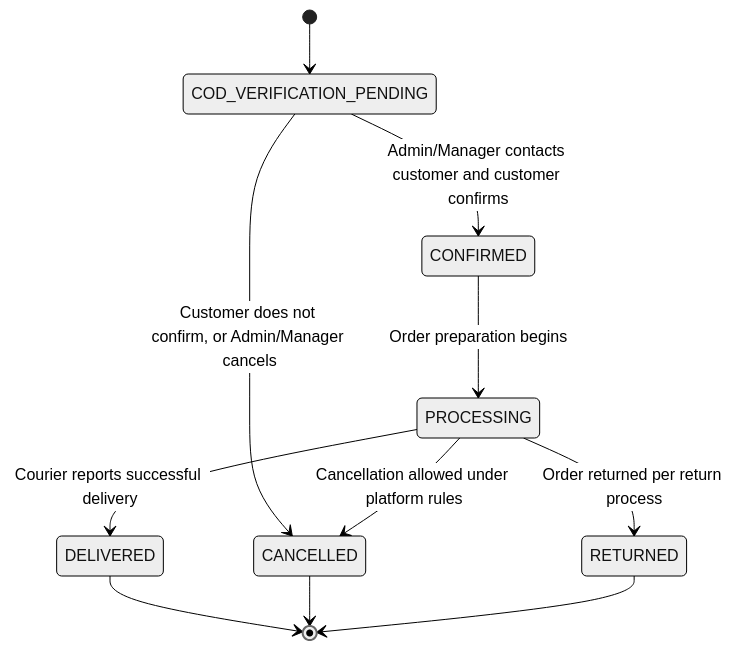
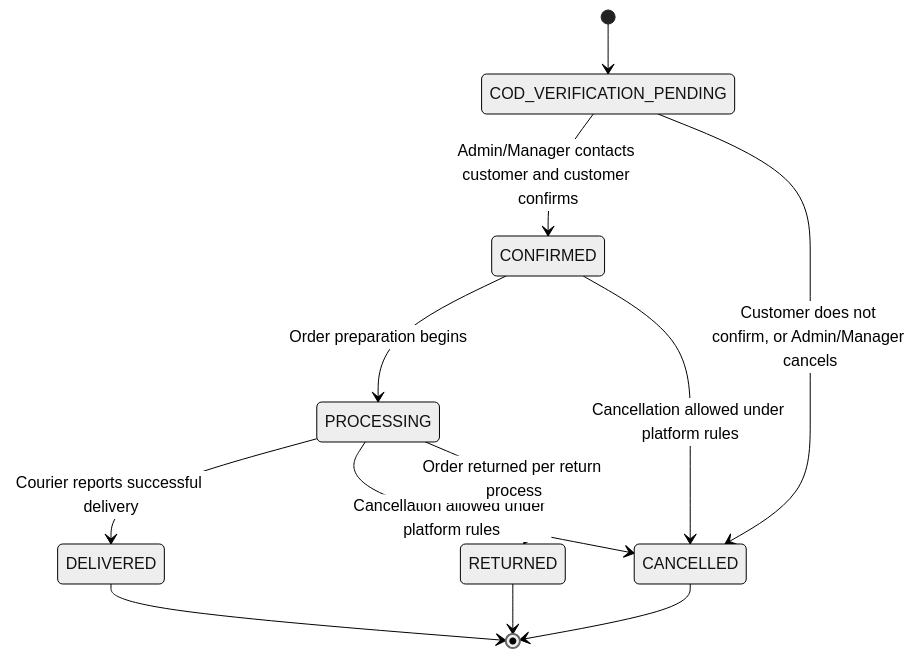
The third of 6 diagrams in .claude/project requirment documents/07-order-state-machine.md (chinmoy567/E-comarce-cloathing-web-site-for-shankar-Narayanganj), drawn with Mermaid (neutral theme) before and after one commit. The commit also changed other lines of this file and 6 other files, not shown here.

````diff
--- a/.claude/project requirment documents/07-order-state-machine.md
+++ b/.claude/project requirment documents/07-order-state-machine.md
@@ -243,13 +244,14 @@
 ```mermaid
 stateDiagram-v2
     [*] --> COD_VERIFICATION_PENDING
     COD_VERIFICATION_PENDING --> CONFIRMED: Admin/Manager contacts customer and customer confirms
     COD_VERIFICATION_PENDING --> CANCELLED: Customer does not confirm, or Admin/Manager cancels
     CONFIRMED --> PROCESSING: Order preparation begins
+    CONFIRMED --> CANCELLED: Cancellation allowed under platform rules
     PROCESSING --> DELIVERED: Courier reports successful delivery
     PROCESSING --> CANCELLED: Cancellation allowed under platform rules
     PROCESSING --> RETURNED: Order returned per return process
     DELIVERED --> [*]
     CANCELLED --> [*]
     RETURNED --> [*]
 ```
````
